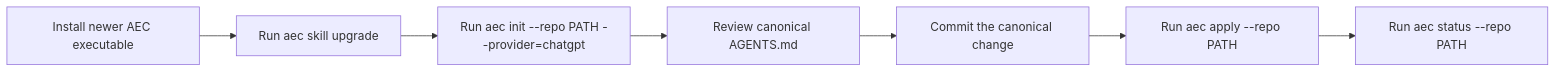
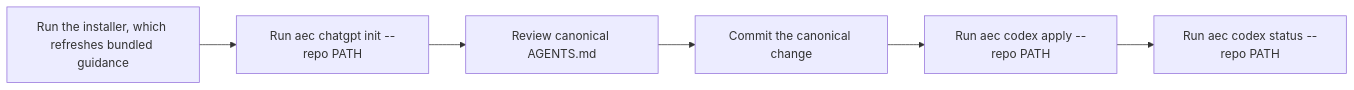
One commit to ferrywlto/ai-env-as-code changed the tenth of 11 diagrams in docs/reference.md. Above: the diagram before and after it, drawn with Mermaid. The commit also changed other lines of this file and 35 other files, not shown here.

Commit message:
Align AEC installers and guidance with the v3 CLI

````diff
--- a/docs/reference.md
+++ b/docs/reference.md
@@ -745,9 +741,8 @@
 ```mermaid
 flowchart LR
-    Install[Install newer AEC executable] --> Skill[Run aec skill upgrade]
-    Skill --> Migrate[Run aec init --repo PATH --provider=chatgpt]
+    Install[Run the installer, which refreshes bundled guidance] --> Migrate[Run aec chatgpt init --repo PATH]
     Migrate --> Review[Review canonical AGENTS.md]
     Review --> Commit[Commit the canonical change]
-    Commit --> Apply[Run aec apply --repo PATH]
-    Apply --> Verify[Run aec status --repo PATH]
+    Commit --> Apply[Run aec codex apply --repo PATH]
+    Apply --> Verify[Run aec codex status --repo PATH]
 ```
````
